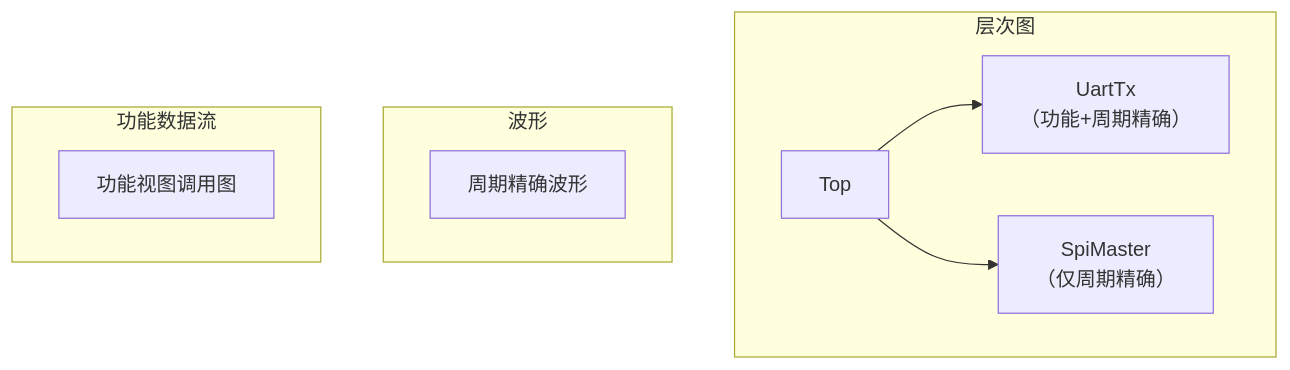
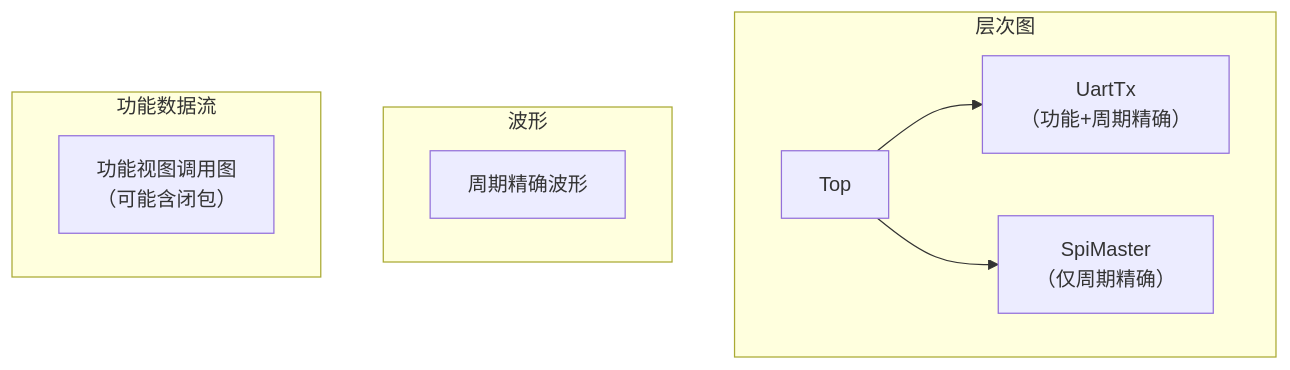
Before and after one commit to TangCan/bitloom: diagram 16 of 17 in docs/requirements/17. 扩展功能整合.md, drawn with Mermaid. The commit also changed other lines of this file and 17 other files, not shown here.

````diff
--- a/docs/requirements/17. 扩展功能整合.md
+++ b/docs/requirements/17. 扩展功能整合.md
@@ -368,14 +446,13 @@
 ```mermaid
 flowchart TB
     subgraph 层次图
         Top --> UartTx[UartTx<br>（功能+周期精确）]
         Top --> SpiMaster[SpiMaster<br>（仅周期精确）]
     end
     subgraph 波形
         Wave[周期精确波形]
     end
     subgraph 功能数据流
-        Func[功能视图调用图]
+        Func[功能视图调用图<br>（可能含闭包）]
     end
-
 ```
````
